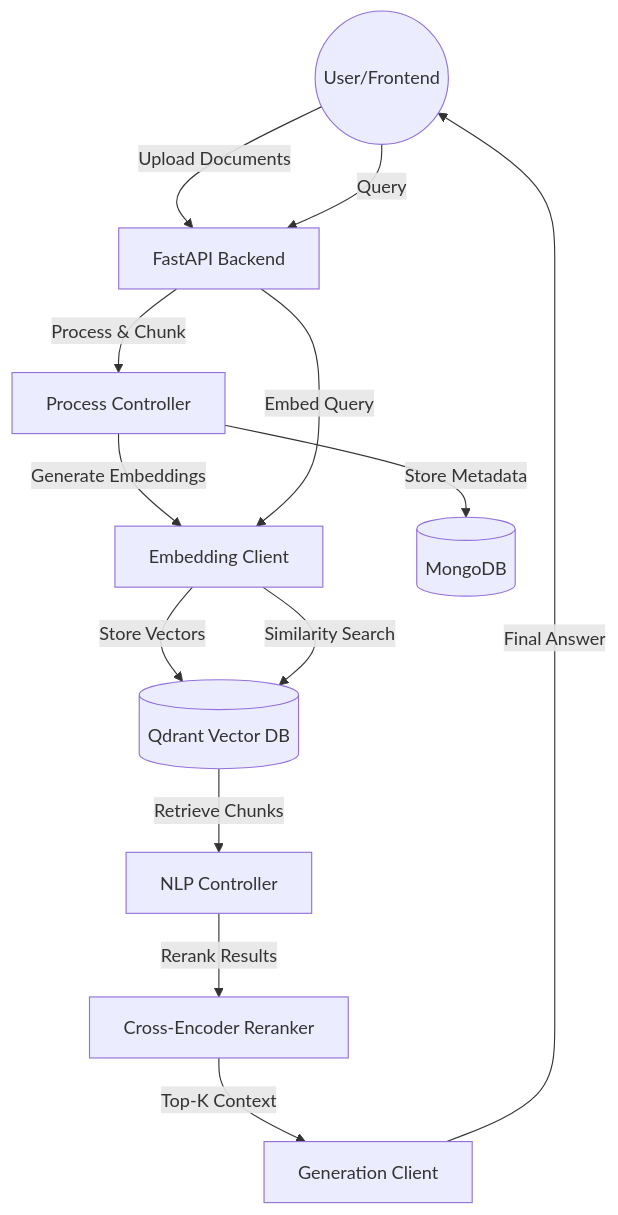
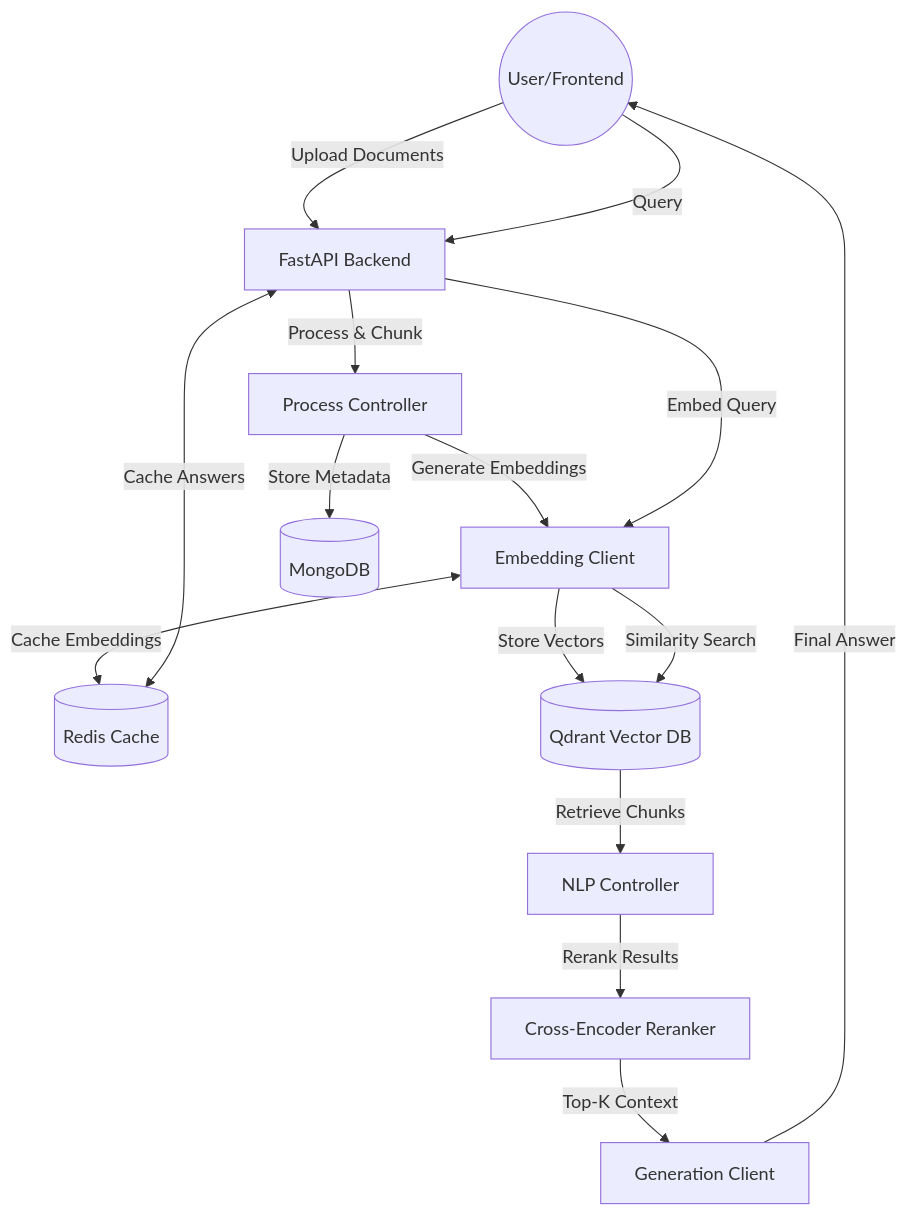
Before and after one commit to EbEmad/Contest-Rag: the diagram in contest_rag_report.md, drawn with Mermaid. The commit also changed other lines of this file, not shown here.

````diff
--- a/contest_rag_report.md
+++ b/contest_rag_report.md
@@ -12,16 +12,20 @@
 ```mermaid
 graph TD
     User((User/Frontend)) -->|Upload Documents| API[FastAPI Backend]
     API -->|Process & Chunk| PC[Process Controller]
     PC -->|Generate Embeddings| EC[Embedding Client]
+    
+    EC <-->|Cache Embeddings| RD[(Redis Cache)]
+    API <-->|Cache Answers| RD
+
     EC -->|Store Vectors| VDB[(Qdrant Vector DB)]
     PC -->|Store Metadata| MDB[(MongoDB)]
     
     User -->|Query| API
     API -->|Embed Query| EC
     EC -->|Similarity Search| VDB
     VDB -->|Retrieve Chunks| NC[NLP Controller]
     NC -->|Rerank Results| CE[Cross-Encoder Reranker]
     CE -->|Top-K Context| GEN[Generation Client]
     GEN -->|Final Answer| User
 ```
````
